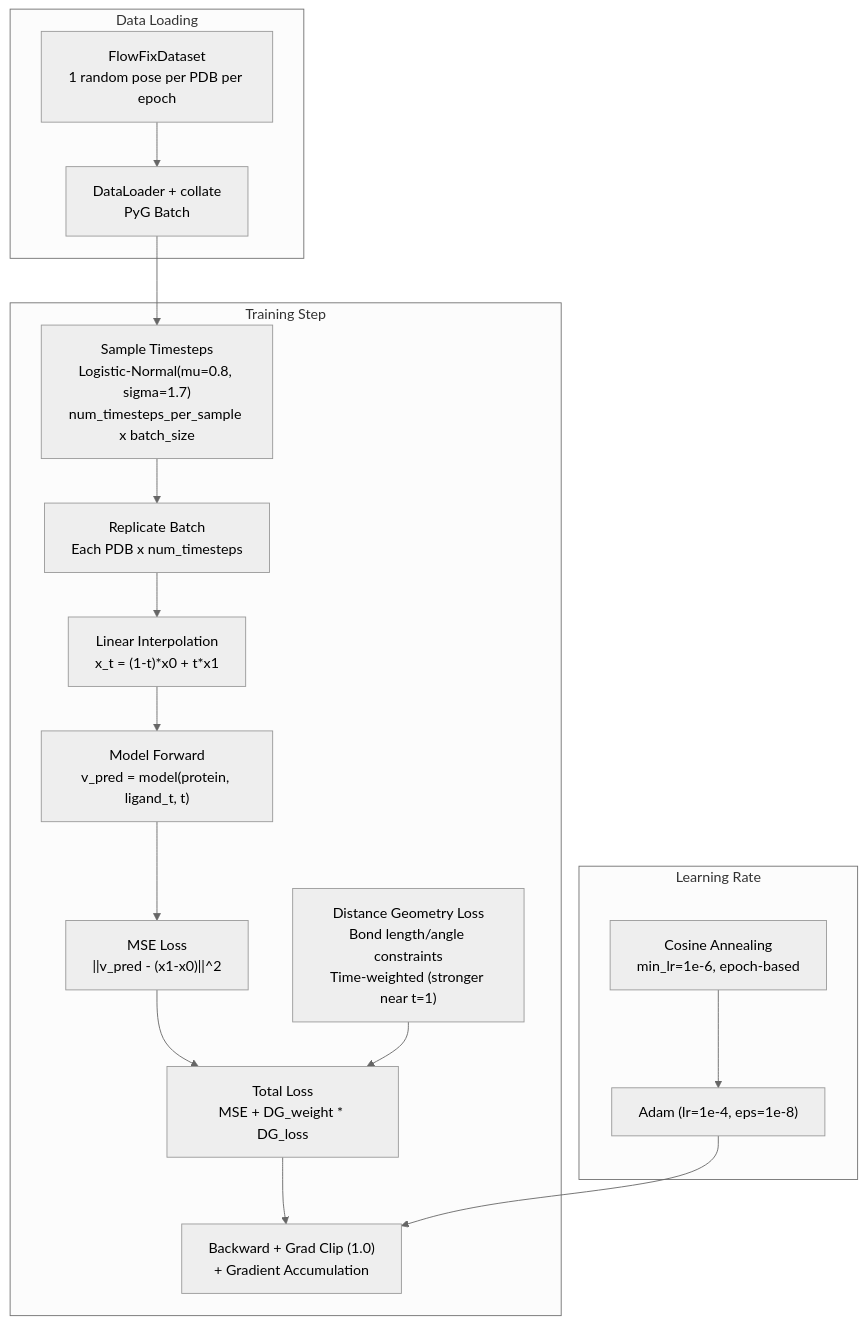
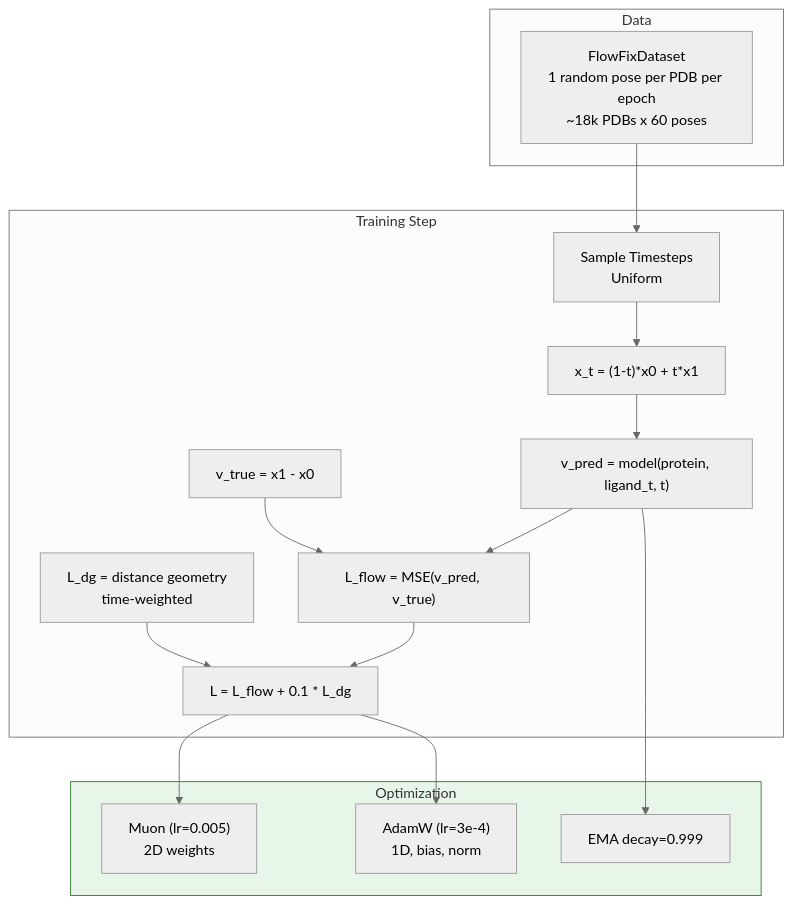
The sixth of 7 diagrams in docs/ARCHITECTURE.md (eightmm/FlowFix), drawn with Mermaid (neutral theme) before and after one commit. The commit also changed other lines of this file and 2 other files, not shown here.

First line of the commit message:
Fix architecture docs to match trained model (joint graph, not cross-attention)

````diff
--- a/docs/ARCHITECTURE.md
+++ b/docs/ARCHITECTURE.md
@@ -358,28 +224,31 @@
 ```mermaid
 flowchart TB
-    subgraph data["Data Loading"]
-        DS["FlowFixDataset<br/>1 random pose per PDB per epoch"]
-        DL["DataLoader + collate<br/>PyG Batch"]
+    subgraph data["Data"]
+        DS["FlowFixDataset<br/>1 random pose per PDB per epoch<br/>~18k PDBs x 60 poses"]
     end
 
-    subgraph train_step["Training Step"]
-        TS["Sample Timesteps<br/>Logistic-Normal(mu=0.8, sigma=1.7)<br/>num_timesteps_per_sample x batch_size"]
-        REP["Replicate Batch<br/>Each PDB x num_timesteps"]
-        INTERP["Linear Interpolation<br/>x_t = (1-t)*x0 + t*x1"]
-        FWD["Model Forward<br/>v_pred = model(protein, ligand_t, t)"]
-        LOSS["MSE Loss<br/>||v_pred - (x1-x0)||^2"]
-        DG["Distance Geometry Loss<br/>Bond length/angle constraints<br/>Time-weighted (stronger near t=1)"]
-        TOTAL["Total Loss<br/>MSE + DG_weight * DG_loss"]
-        BACK["Backward + Grad Clip (1.0)<br/>+ Gradient Accumulation"]
+    subgraph train["Training Step"]
+        TS["Sample Timesteps<br/>Uniform"]
+        INTERP["x_t = (1-t)*x0 + t*x1"]
+        FWD["v_pred = model(protein, ligand_t, t)"]
+        VT["v_true = x1 - x0"]
+        MSE["L_flow = MSE(v_pred, v_true)"]
+        DG["L_dg = distance geometry<br/>time-weighted"]
+        TOTAL["L = L_flow + 0.1 * L_dg"]
     end
 
-    subgraph schedule["Learning Rate"]
-        OPT["Adam (lr=1e-4, eps=1e-8)"]
-        SCHED["Cosine Annealing<br/>min_lr=1e-6, epoch-based"]
+    subgraph opt["Optimization"]
+        MUON["Muon (lr=0.005)<br/>2D weights"]
+        ADAM["AdamW (lr=3e-4)<br/>1D, bias, norm"]
+        EMA["EMA decay=0.999"]
     end
 
-    DS --> DL --> TS --> REP --> INTERP --> FWD --> LOSS --> TOTAL --> BACK
+    DS --> TS --> INTERP --> FWD --> MSE --> TOTAL
+    VT --> MSE
     DG --> TOTAL
-    OPT --> BACK
-    SCHED --> OPT
+    TOTAL --> MUON
+    TOTAL --> ADAM
+    FWD --> EMA
+
+    style opt fill:#e8f5e9,stroke:#2E7D32
 ```
````
